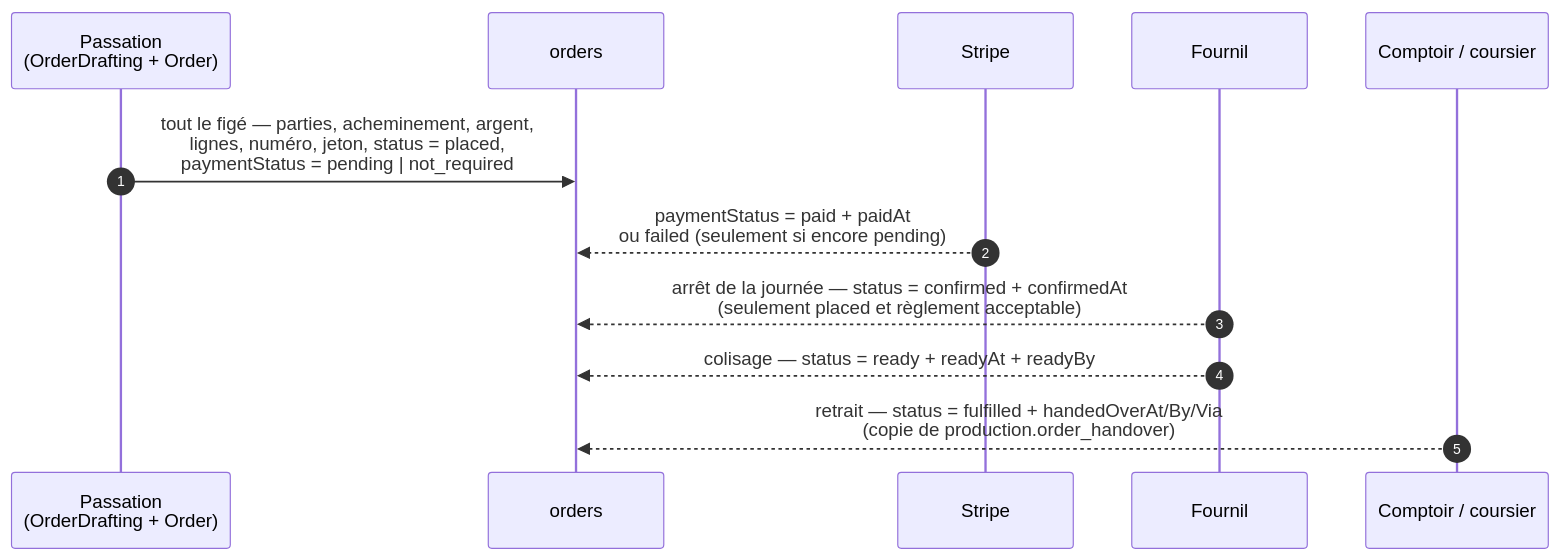
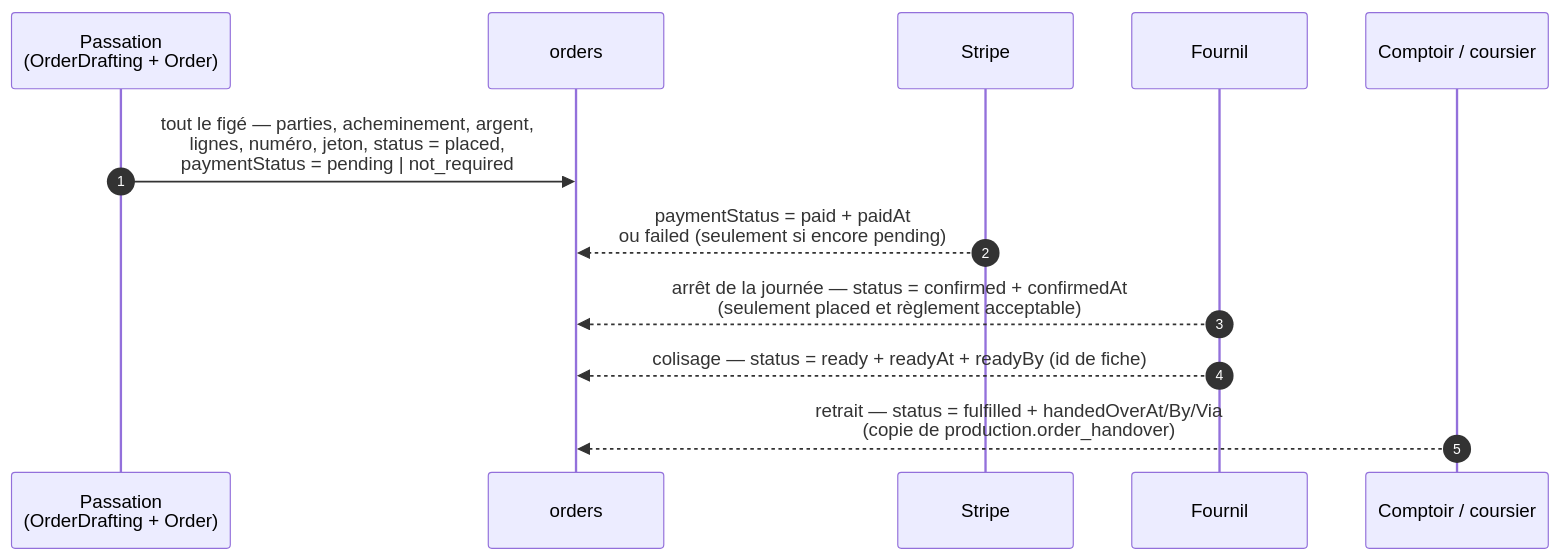
Before and after one commit to hugoheynard/lfd: the second of 5 diagrams in documentation/order/architecture-ce-que-porte-la-commande.md, drawn with Mermaid. The commit also changed other lines of this file and 1 other file, not shown here.

````diff
--- a/documentation/order/architecture-ce-que-porte-la-commande.md
+++ b/documentation/order/architecture-ce-que-porte-la-commande.md
@@ -57,15 +59,15 @@
 ```mermaid
 sequenceDiagram
     autonumber
     participant P as Passation<br/>(OrderDrafting + Order)
     participant DB as orders
     participant S as Stripe
     participant F as Fournil
     participant C as Comptoir / coursier
 
     P->>DB: tout le figé — parties, acheminement, argent,<br/>lignes, numéro, jeton, status = placed,<br/>paymentStatus = pending | not_required
     S-->>DB: paymentStatus = paid + paidAt<br/>ou failed (seulement si encore pending)
     F-->>DB: arrêt de la journée — status = confirmed + confirmedAt<br/>(seulement placed et règlement acceptable)
-    F-->>DB: colisage — status = ready + readyAt + readyBy
+    F-->>DB: colisage — status = ready + readyAt + readyBy (id de fiche)
     C-->>DB: retrait — status = fulfilled + handedOverAt/By/Via<br/>(copie de production.order_handover)
 ```
````
